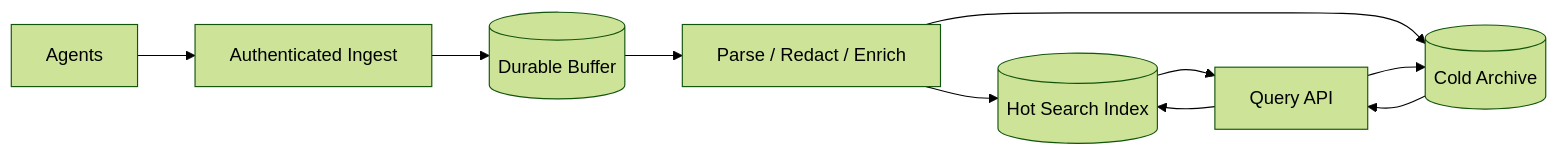
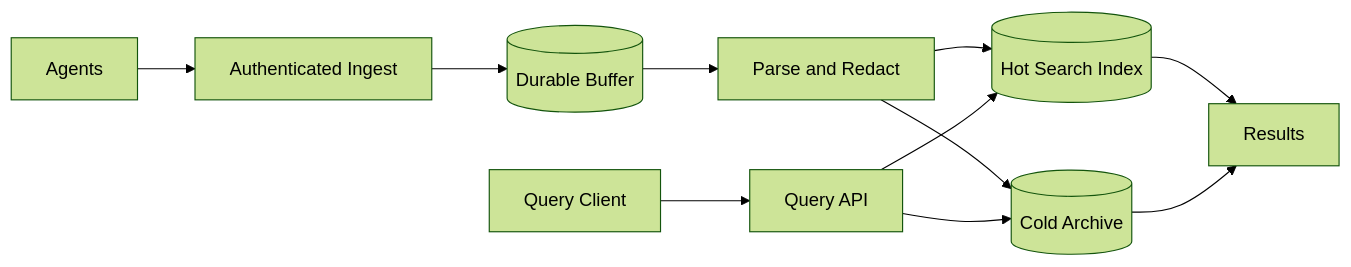
One commit to luckyhegde6/HLD_patterns changed the first of 3 diagrams in system_designs/distributed-logging/visual_explainer.md. Above: the diagram before and after it, drawn with Mermaid (forest theme). The commit also changed other lines of this file, not shown here.

````diff
--- a/system_designs/distributed-logging/visual_explainer.md
+++ b/system_designs/distributed-logging/visual_explainer.md
@@ -3,12 +5,13 @@
 ```mermaid
 flowchart LR
  AG[Agents] --> ING[Authenticated Ingest]
  ING --> Q[(Durable Buffer)]
- Q --> P[Parse / Redact / Enrich]
+ Q --> P[Parse and Redact]
  P --> HOT[(Hot Search Index)]
  P --> COLD[(Cold Archive)]
- QUERY[Query API] --> HOT
+ CLIENT[Query Client] --> QUERY[Query API]
+ QUERY --> HOT
  QUERY --> COLD
- HOT --> QUERY
- COLD --> QUERY
+ HOT --> RESULT[Results]
+ COLD --> RESULT
 ```
````
